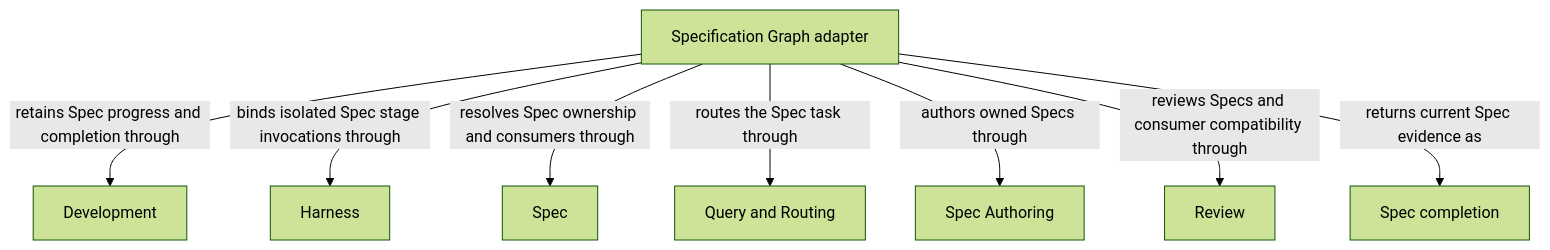
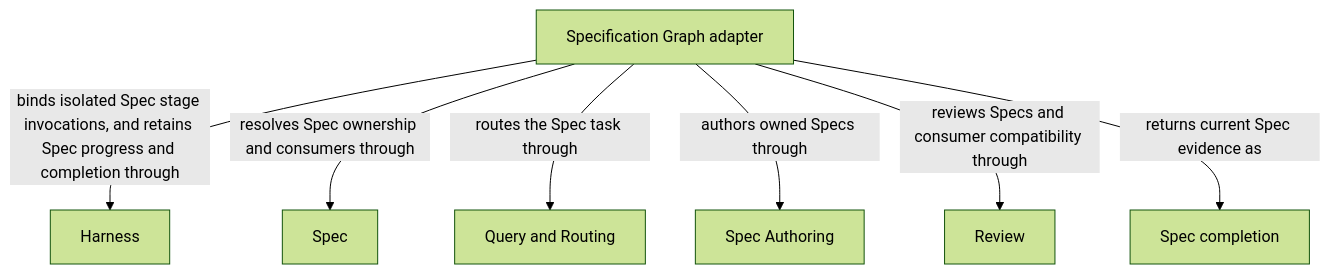
One commit to FTOD/concorde changed the diagram in specs/concorde/specify-loop/module.md. Above: the diagram before and after it, drawn with Mermaid (forest theme). The commit also changed other lines of this file and 82 other files, not shown here.

````diff
--- a/specs/concorde/specify-loop/module.md
+++ b/specs/concorde/specify-loop/module.md
@@ -76,20 +76,18 @@
 ```mermaid
 flowchart TB
     accTitle: Specification Graph entities and dependencies
     accDescr: Specification Graph routes the Spec task, resolves owner and consumer contracts, binds isolated stages and composes owned authoring and independent review before returning Spec completion.
     e0["Specification Graph adapter"]
-    e1["Development"]
     e2["Harness"]
     e3["Spec"]
     e4["Query and Routing"]
     e5["Spec Authoring"]
     e6["Review"]
-    e0 -->|retains Spec progress and completion through| e1
-    e0 -->|binds isolated Spec stage invocations through| e2
+    e0 -->|binds isolated Spec stage invocations, and retains Spec progress and completion through| e2
     e0 -->|resolves Spec ownership and consumers through| e3
     e0 -->|routes the Spec task through| e4
     e0 -->|authors owned Specs through| e5
     e0 -->|reviews Specs and consumer compatibility through| e6
     domain_completion["Spec completion"]
     e0 -->|returns current Spec evidence as| domain_completion
 ```
````
